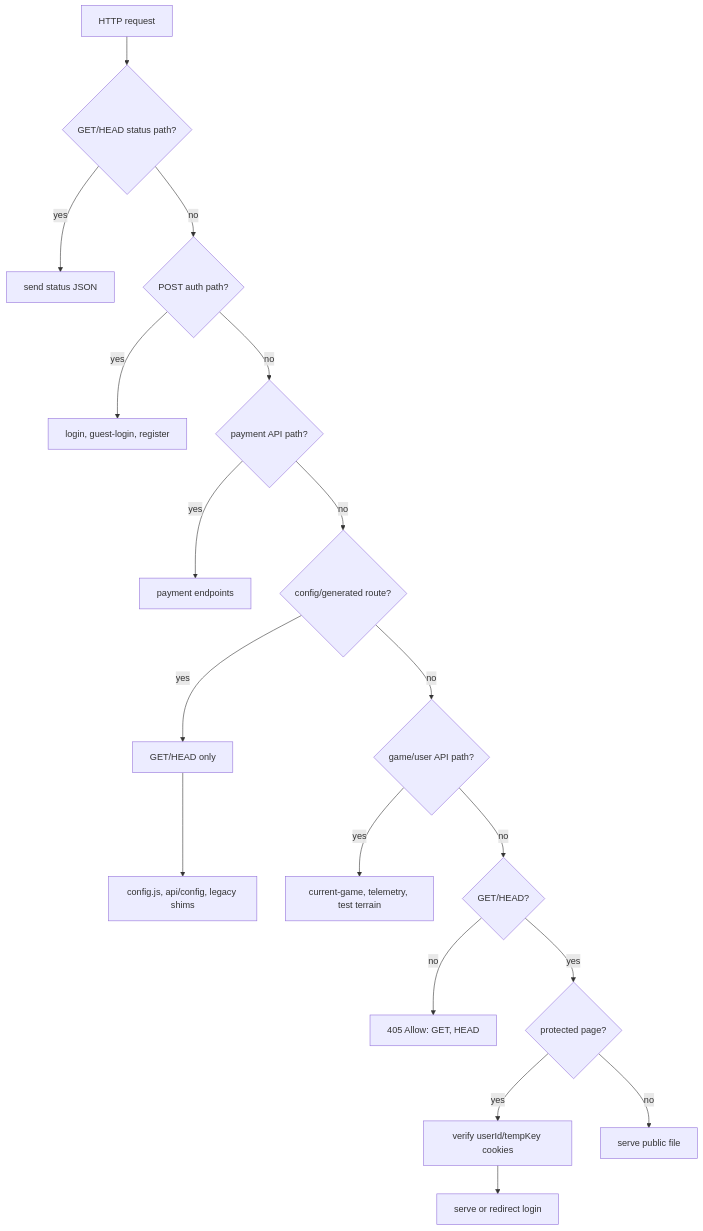
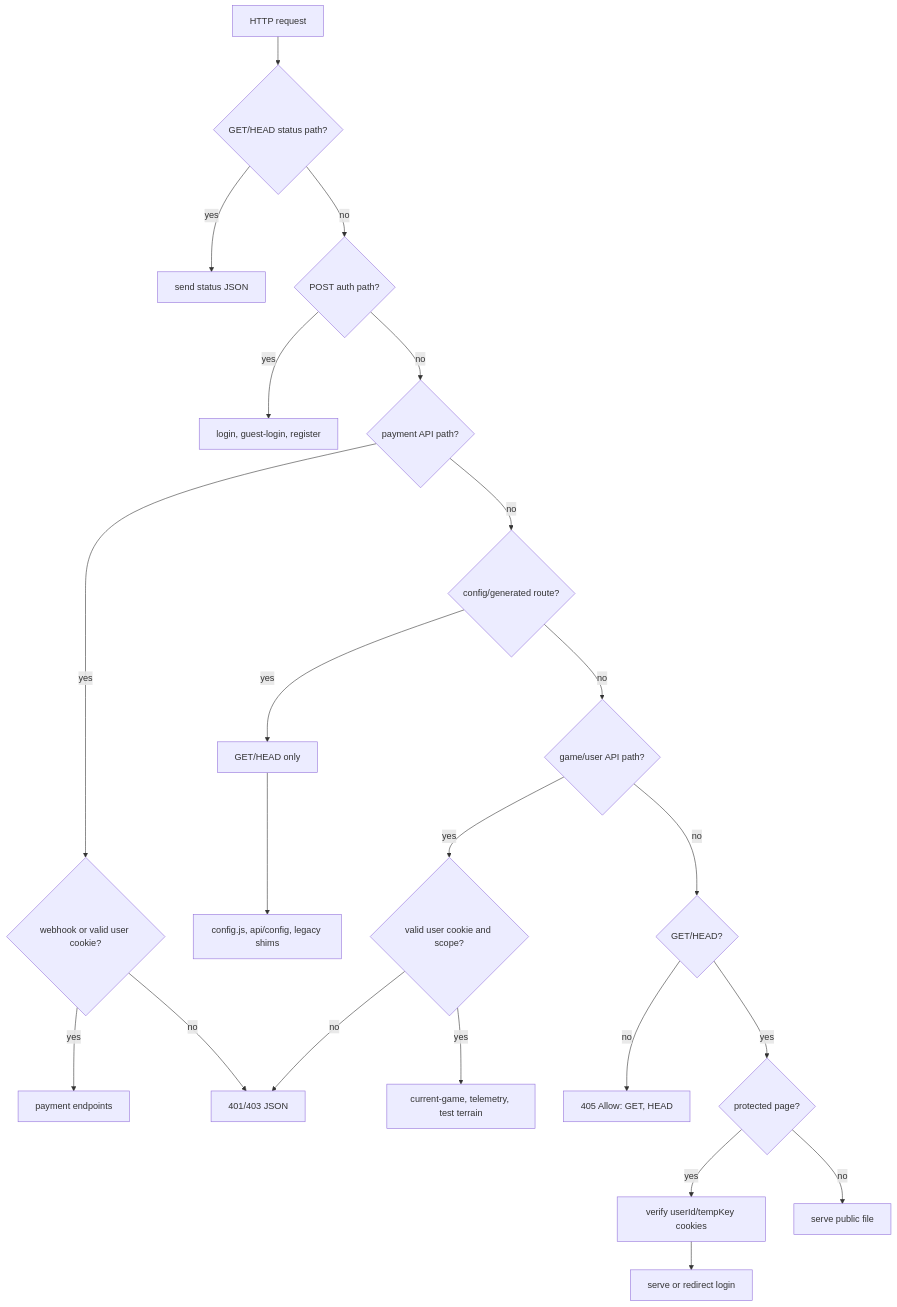
One commit to steveseguin/Game-of-Worlds changed the diagram in docs/agents/server/http-request-flow.md. Above: the diagram before and after it, drawn with Mermaid. The commit also changed other lines of this file and 16 other files, not shown here.

Commit message:
Harden user input and API auth

````diff
--- a/docs/agents/server/http-request-flow.md
+++ b/docs/agents/server/http-request-flow.md
@@ -9,20 +9,24 @@
 ```mermaid
 flowchart TD
   Request[HTTP request] --> Status{GET/HEAD status path?}
   Status -- yes --> StatusPayload[send status JSON]
   Status -- no --> Auth{POST auth path?}
   Auth -- yes --> AuthHandlers[login, guest-login, register]
   Auth -- no --> Payment{payment API path?}
-  Payment -- yes --> PaymentHandlers[payment endpoints]
+  Payment -- yes --> PaymentAuth{webhook or valid user cookie?}
+  PaymentAuth -- yes --> PaymentHandlers[payment endpoints]
+  PaymentAuth -- no --> AuthError[401/403 JSON]
   Payment -- no --> Config{config/generated route?}
   Config -- yes --> MethodGuard[GET/HEAD only]
   MethodGuard --> ConfigResponse[config.js, api/config, legacy shims]
   Config -- no --> GameApi{game/user API path?}
-  GameApi -- yes --> ApiHandlers[current-game, telemetry, test terrain]
+  GameApi -- yes --> ApiAuth{valid user cookie and scope?}
+  ApiAuth -- yes --> ApiHandlers[current-game, telemetry, test terrain]
+  ApiAuth -- no --> AuthError
   GameApi -- no --> StaticMethod{GET/HEAD?}
   StaticMethod -- no --> Method405[405 Allow: GET, HEAD]
   StaticMethod -- yes --> Protected{protected page?}
   Protected -- yes --> CookieCheck[verify userId/tempKey cookies]
   CookieCheck --> ServeProtected[serve or redirect login]
   Protected -- no --> ServeStatic[serve public file]
 ```
````
